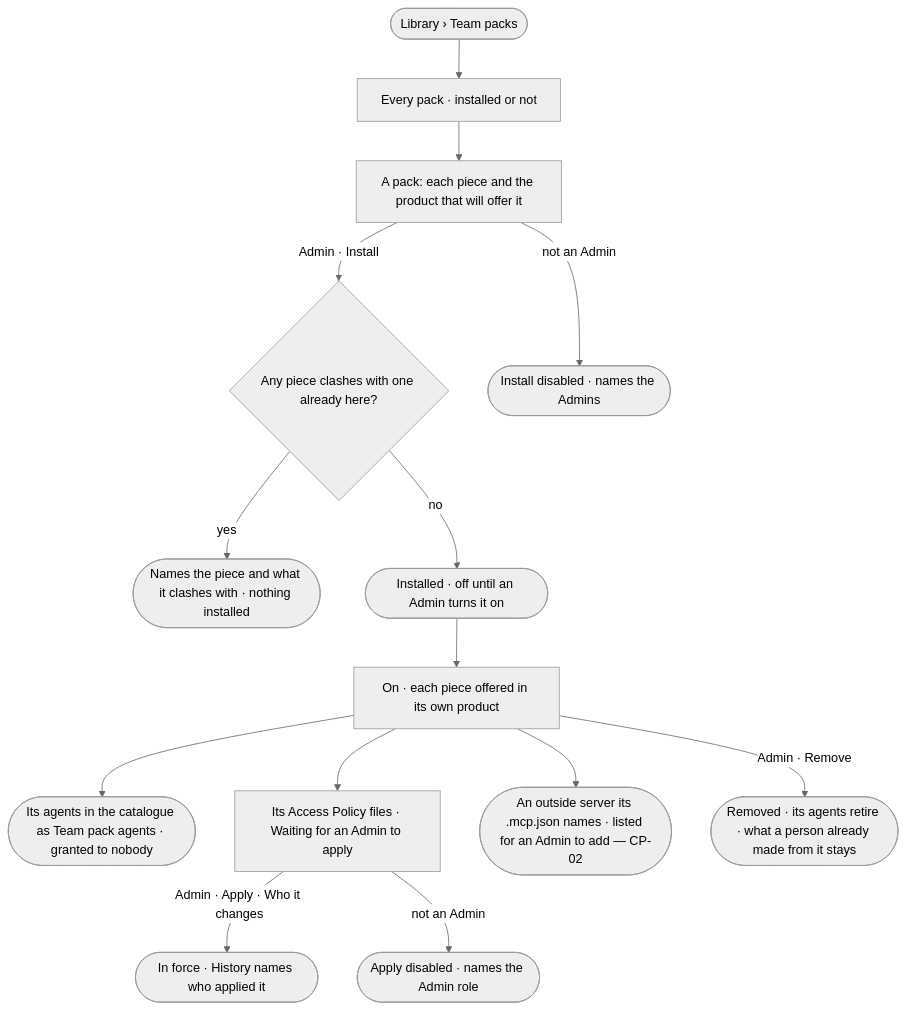
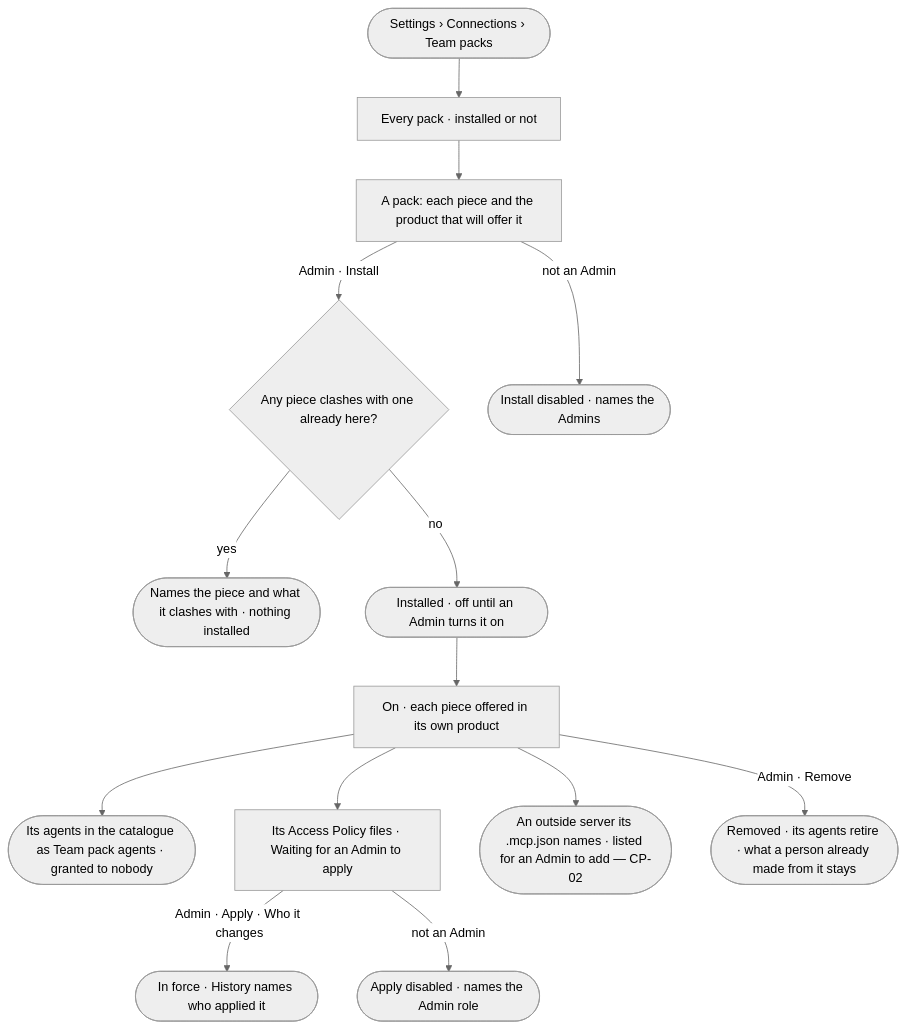
One commit to invana/invana changed the diagram in specs/os/control/features/CP-F02-plugins-and-outside-tools/stories/CP-20-install-a-team-pack/story.md. Above: the diagram before and after it, drawn with Mermaid (neutral theme). The commit also changed other lines of this file and 106 other files, not shown here.

````diff
--- a/specs/os/control/features/CP-F02-plugins-and-outside-tools/stories/CP-20-install-a-team-pack/story.md
+++ b/specs/os/control/features/CP-F02-plugins-and-outside-tools/stories/CP-20-install-a-team-pack/story.md
@@ -32,16 +32,16 @@
 ```mermaid
 flowchart TD
-  s([Library › Team packs]) --> l["Every pack · installed or not"]
+  s([Settings › Connections › Team packs]) --> l["Every pack · installed or not"]
   l --> p["A pack: each piece and the product that will offer it"]
   p -->|Admin · Install| c{"Any piece clashes with one already here?"}
   c -->|yes| x(["Names the piece and what it clashes with · nothing installed"])
   c -->|no| i(["Installed · off until an Admin turns it on"])
   i --> on["On · each piece offered in its own product"]
   on --> ag(["Its agents in the catalogue as Team pack agents · granted to nobody"])
   on --> pol["Its Access Policy files · Waiting for an Admin to apply"]
   pol -->|Admin · Apply · Who it changes| ap(["In force · History names who applied it"])
   pol -->|not an Admin| pd(["Apply disabled · names the Admin role"])
   on --> sv(["An outside server its .mcp.json names · listed for an Admin to add — CP-02"])
   p -->|not an Admin| d(["Install disabled · names the Admins"])
   on -->|Admin · Remove| r(["Removed · its agents retire · what a person already made from it stays"])
 ```
````
